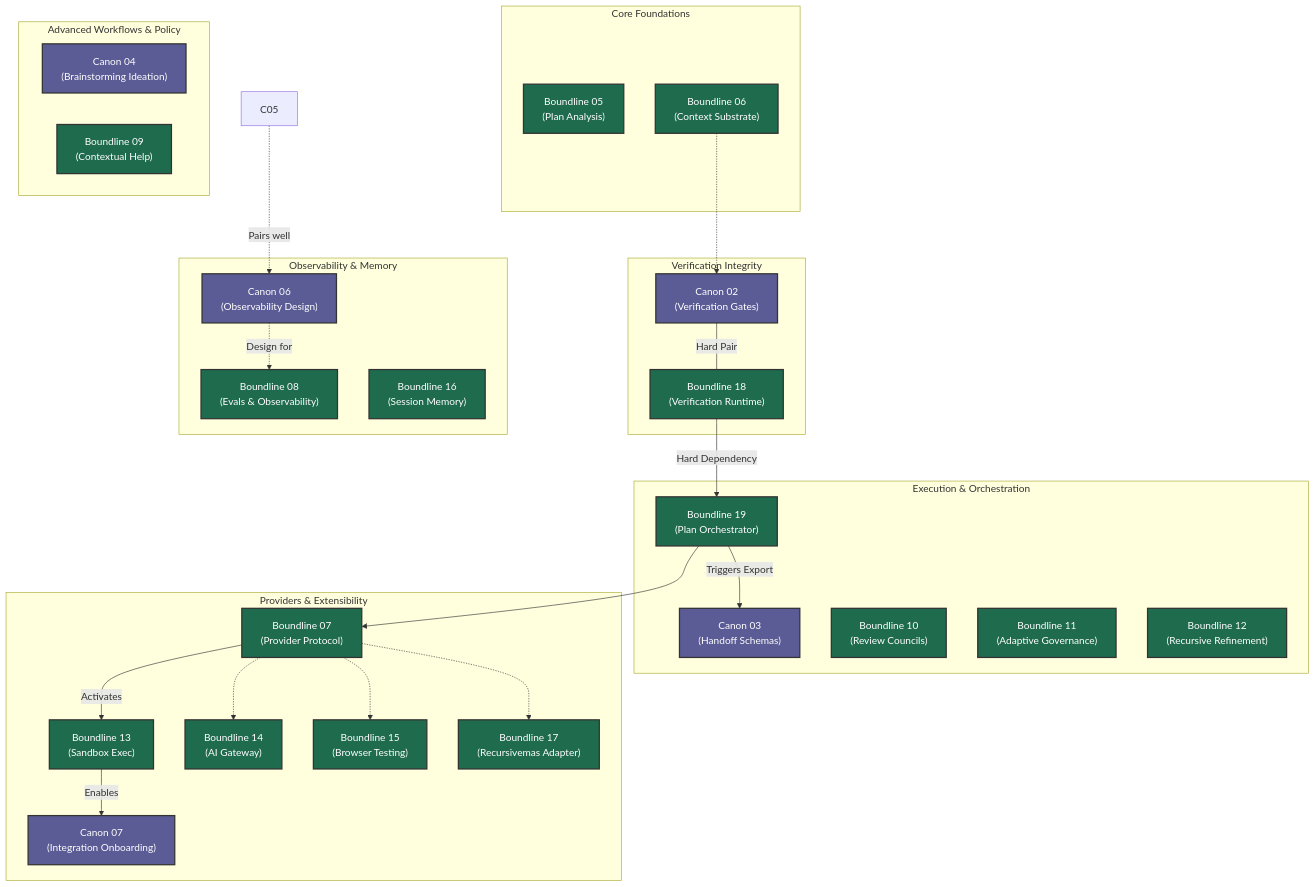
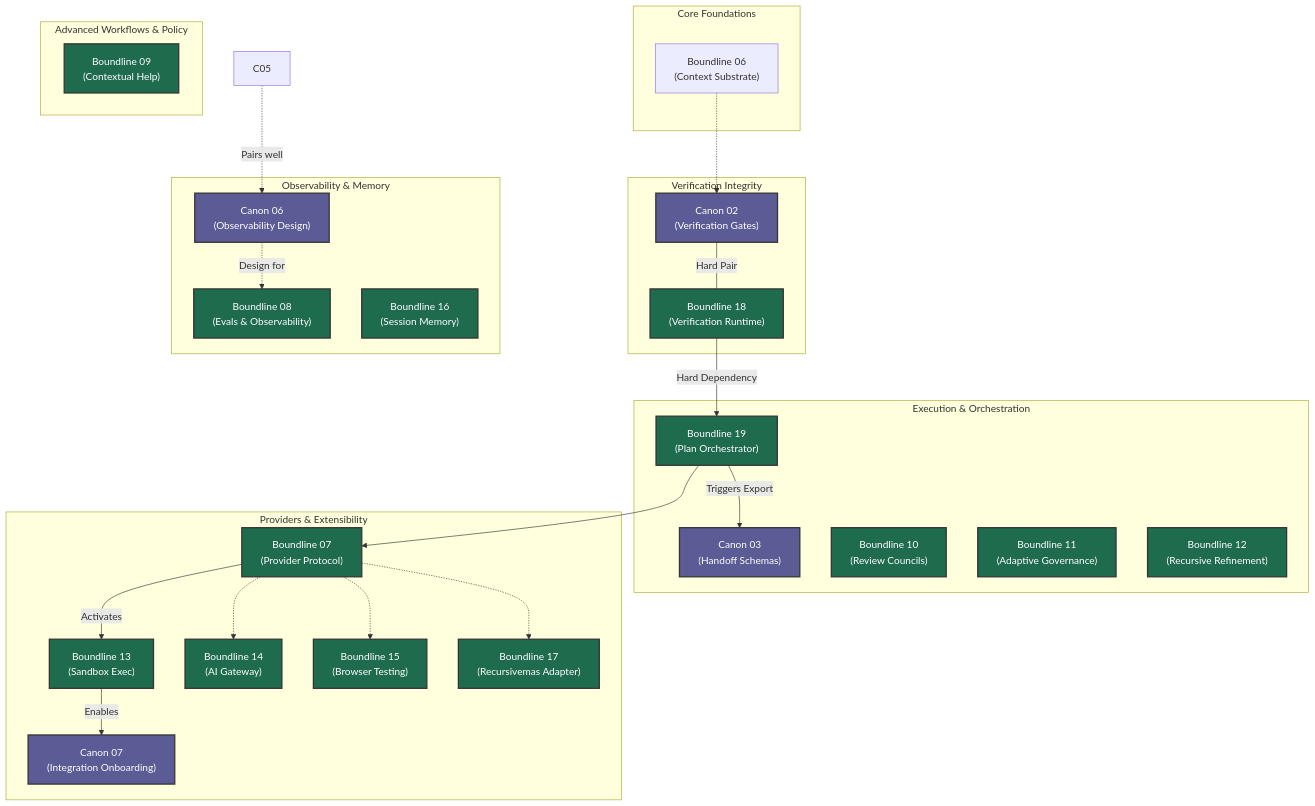
One commit to apply-the/canon changed the diagram in roadmap/joint-roadmap-graph.md. Above: the diagram before and after it, drawn with Mermaid. The commit also changed 15 other files, not shown here.

````diff
--- a/roadmap/joint-roadmap-graph.md
+++ b/roadmap/joint-roadmap-graph.md
@@ -7,60 +7,58 @@
 ```mermaid
 flowchart TD
     %% Styling
     classDef canon fill:#5b5b95,stroke:#333,stroke-width:2px,color:#fff
     classDef boundline fill:#1f6b4e,stroke:#333,stroke-width:2px,color:#fff
 
-    subgraph Core Foundations
-        B05["Boundline 05<br/>(Plan Analysis)"]:::boundline
-        B06["Boundline 06<br/>(Context Substrate)"]:::boundline
+   subgraph Core Foundations
+        B06["Boundline 06<br/>(Context Substrate)"]:::nextUp
     end
 
     subgraph Verification Integrity
         C02["Canon 02<br/>(Verification Gates)"]:::canon
         B18["Boundline 18<br/>(Verification Runtime)"]:::boundline
     end
 
     subgraph Execution & Orchestration
         B19["Boundline 19<br/>(Plan Orchestrator)"]:::boundline
         C03["Canon 03<br/>(Handoff Schemas)"]:::canon
         B10["Boundline 10<br/>(Review Councils)"]:::boundline
         B11["Boundline 11<br/>(Adaptive Governance)"]:::boundline
         B12["Boundline 12<br/>(Recursive Refinement)"]:::boundline
     end
 
     subgraph Providers & Extensibility
         B07["Boundline 07<br/>(Provider Protocol)"]:::boundline
         B13["Boundline 13<br/>(Sandbox Exec)"]:::boundline
         C07["Canon 07<br/>(Integration Onboarding)"]:::canon
         B14["Boundline 14<br/>(AI Gateway)"]:::boundline
         B15["Boundline 15<br/>(Browser Testing)"]:::boundline
         B17["Boundline 17<br/>(Recursivemas Adapter)"]:::boundline
     end
 
     subgraph Observability & Memory
         C06["Canon 06<br/>(Observability Design)"]:::canon
         B08["Boundline 08<br/>(Evals & Observability)"]:::boundline
         B16["Boundline 16<br/>(Session Memory)"]:::boundline
     end
 
     subgraph Advanced Workflows & Policy
-        C04["Canon 04<br/>(Brainstorming Ideation)"]:::canon
         B09["Boundline 09<br/>(Contextual Help)"]:::boundline
     end
 
     %% Key Dependencies
     B06 -.-> C02
     C02 ---|Hard Pair| B18
     B18 -->|Hard Dependency| B19
     B19 -->|Triggers Export| C03
     B19 --> B07
     B07 -->|Activates| B13
     B13 -->|Enables| C07
     
     B07 -.-> B14
     B07 -.-> B15
     B07 -.-> B17
     
     C06 -.->|Design for| B08
     C05 -.->|Pairs well| C06
 ```
````
